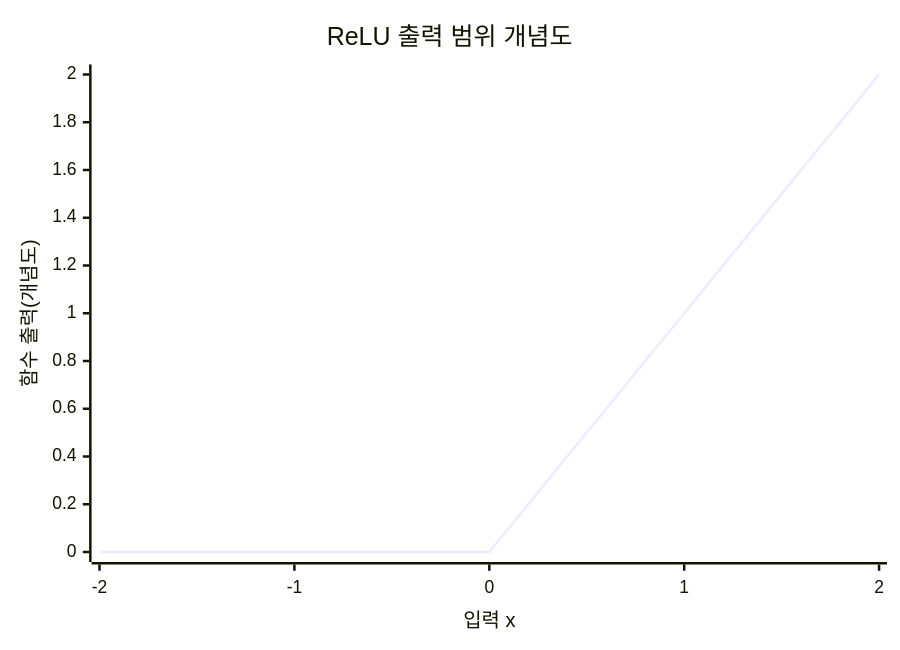
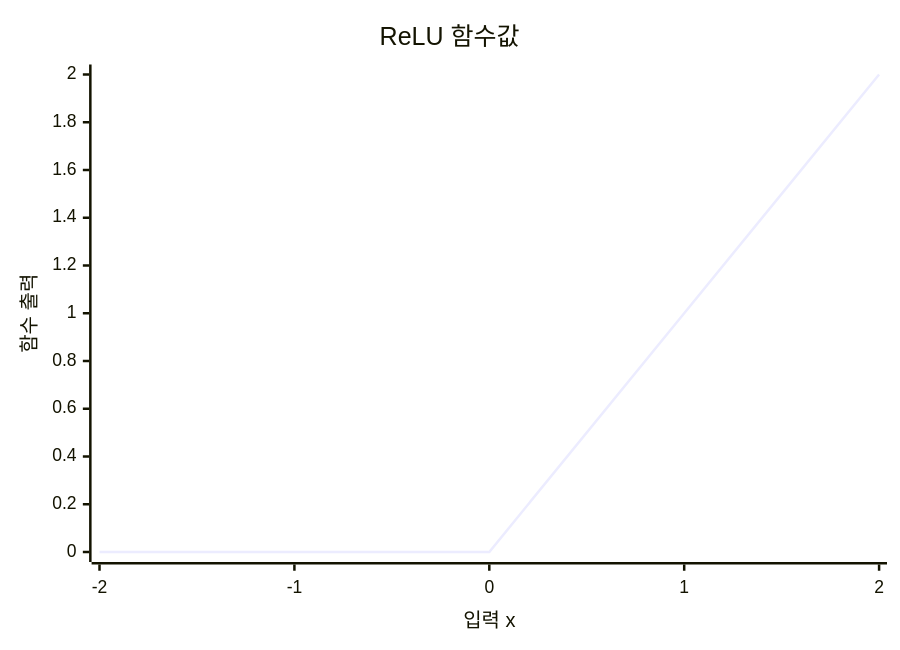
Before and after one commit to agnusdei1207/knowledge-base: the second of 4 diagrams in src/content/docs/notes/01-basic-theory/040_activation_functions.md, drawn with Mermaid. The commit also changed other lines of this file and 20 other files, not shown here.

````diff
--- a/src/content/docs/notes/01-basic-theory/040_activation_functions.md
+++ b/src/content/docs/notes/01-basic-theory/040_activation_functions.md
@@ -76,7 +78,7 @@
 ```mermaid
 xychart-beta
-    title "ReLU 출력 범위 개념도"
+    title "ReLU 함수값"
     x-axis "입력 x" [-2, -1, 0, 1, 2]
-    y-axis "함수 출력(개념도)" 0 --> 2
+    y-axis "함수 출력" 0 --> 2
     line [0, 0, 0, 1, 2]
 ```
````
